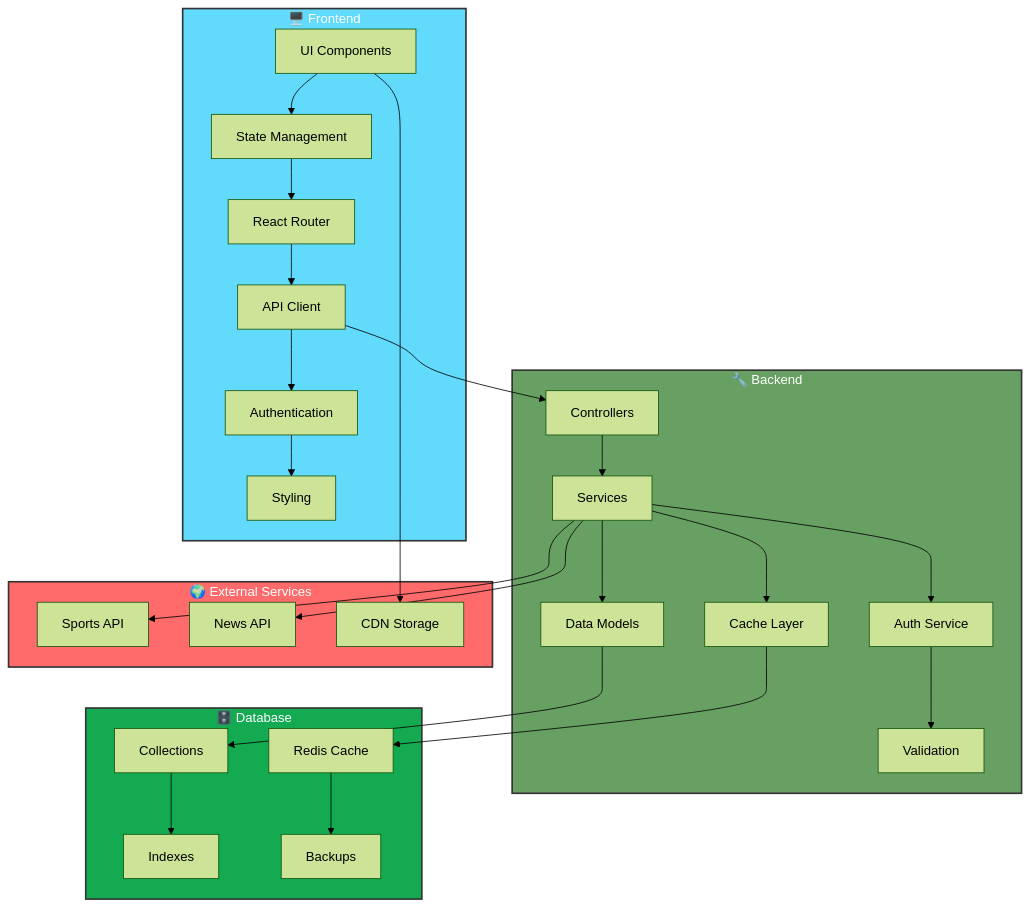
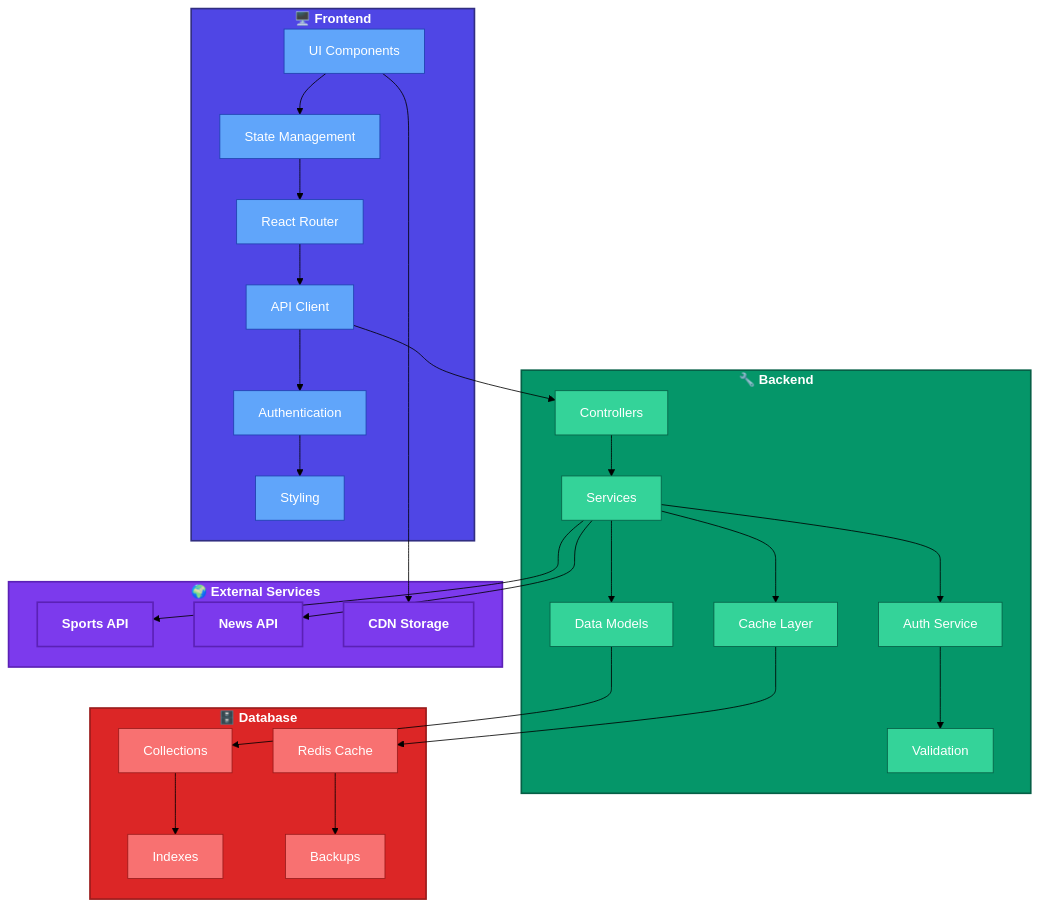
Before and after one commit to MalikShoaibAhmadKhan/sports-app: the diagram in README.md, drawn with Mermaid (forest theme).

Commit message:
style: enhance architecture diagram with new color scheme and styling

````diff
--- a/README.md
+++ b/README.md
@@ -73,70 +73,78 @@
 ```mermaid
 flowchart TD
   subgraph UI["🖥️ Frontend"]
     A1[UI Components]
     A2[State Management]
     A3[React Router]
     A4[API Client]
     A5[Authentication]
     A6[Styling]
   end
 
   subgraph Server["🔧 Backend"]
     B1[Controllers]
     B2[Services]
     B3[Auth Service]
     B4[Cache Layer]
     B5[Validation]
     B6[Data Models]
   end
 
   subgraph DB["🗄️ Database"]
     C1[Collections]
     C2[Indexes]
     C3[Redis Cache]
     C4[Backups]
   end
 
   subgraph External["🌍 External Services"]
     D1[Sports API]
     D2[News API]
     D3[CDN Storage]
   end
 
   %% Frontend connections
   A1 --> A2
   A2 --> A3
   A3 --> A4
   A4 --> A5
   A5 --> A6
 
   %% Backend connections
   A4 --> B1
   B1 --> B2
   B2 --> B3
   B2 --> B6
   B2 --> B4
   B3 --> B5
 
   %% Database connections
   B6 --> C1
   C1 --> C2
   B4 --> C3
   C3 --> C4
 
   %% External connections
   B2 --> D1
   B2 --> D2
   A1 --> D3
 
   %% Styling
-  classDef frontend fill:#61dafb,stroke:#333,stroke-width:2px,color:white
-  classDef backend fill:#68a063,stroke:#333,stroke-width:2px,color:white
-  classDef database fill:#13aa52,stroke:#333,stroke-width:2px,color:white
-  classDef external fill:#ff6b6b,stroke:#333,stroke-width:2px,color:white
+  classDef frontend fill:#4F46E5,stroke:#312E81,stroke-width:2px,color:white,font-weight:bold
+  classDef backend fill:#059669,stroke:#065F46,stroke-width:2px,color:white,font-weight:bold
+  classDef database fill:#DC2626,stroke:#991B1B,stroke-width:2px,color:white,font-weight:bold
+  classDef external fill:#7C3AED,stroke:#5B21B6,stroke-width:2px,color:white,font-weight:bold
+  classDef component fill:#60A5FA,stroke:#1E40AF,stroke-width:1px,color:white
+  classDef service fill:#34D399,stroke:#065F46,stroke-width:1px,color:white
+  classDef data fill:#F87171,stroke:#991B1B,stroke-width:1px,color:white
 
+  %% Apply styles
   class UI frontend
   class Server backend
   class DB database
   class External external
+  class A1,A2,A3,A4,A5,A6 component
+  class B1,B2,B3,B4,B5,B6 service
+  class C1,C2,C3,C4 data
+  class D1,D2,D3 external
 ```
````
